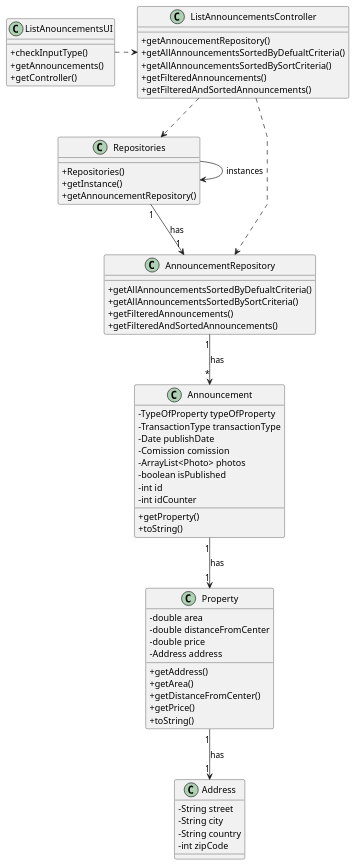
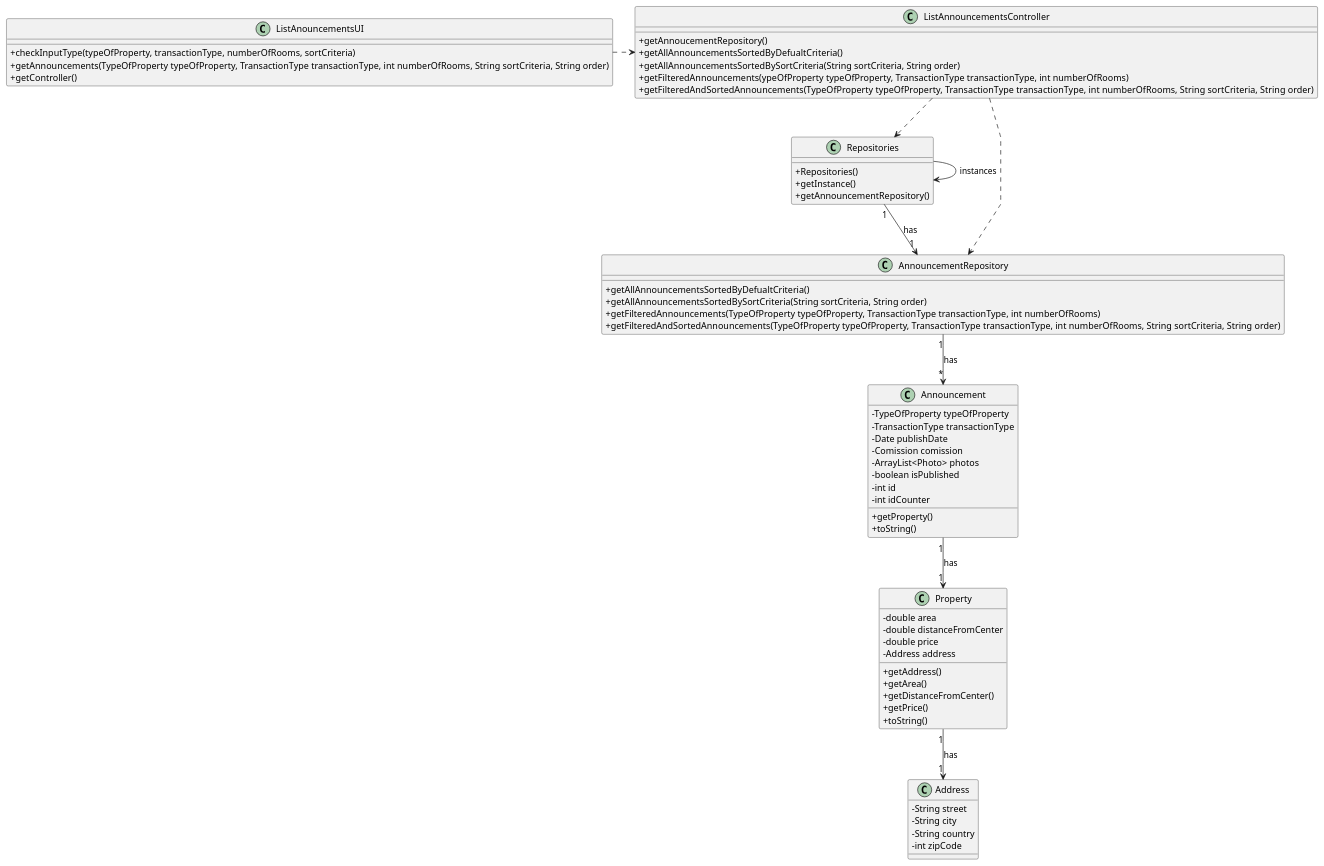
One commit to Goncalves2525/real-estate-management-system changed the diagram in docs/sprintB/us001/03.design/puml/us001-class-diagram.puml. Above: the diagram before and after it, drawn with PlantUML. The commit also changed 26 other files, not shown here.

```diff
--- a/docs/sprintB/us001/03.design/puml/us001-class-diagram.puml
+++ b/docs/sprintB/us001/03.design/puml/us001-class-diagram.puml
@@ -1,87 +1,87 @@
 @startuml
 'skinparam monochrome true
 skinparam packageStyle rectangle
 skinparam shadowing false
 skinparam linetype polyline
 'skinparam linetype orto
 
 skinparam classAttributeIconSize 0
 
 'left to right directio
 class Property{
     - double area
     - double distanceFromCenter
     - double price
     - Address address
     + getAddress()
     + getArea()
     + getDistanceFromCenter()
     + getPrice()
     + toString()
 }
 
 class Announcement {
     - TypeOfProperty typeOfProperty
     - TransactionType transactionType
     - Date publishDate
     - Comission comission
     - ArrayList<Photo> photos
     - boolean isPublished
     - int id
     - int idCounter
     + getProperty()
     + toString()
 }
 
 class AnnouncementRepository {
     +getAllAnnouncementsSortedByDefualtCriteria()
-    +getAllAnnouncementsSortedBySortCriteria()
-    +getFilteredAnnouncements()
-    +getFilteredAndSortedAnnouncements()
+    +getAllAnnouncementsSortedBySortCriteria(String sortCriteria, String order)
+    +getFilteredAnnouncements(TypeOfProperty typeOfProperty, TransactionType transactionType, int numberOfRooms)
+    +getFilteredAndSortedAnnouncements(TypeOfProperty typeOfProperty, TransactionType transactionType, int numberOfRooms, String sortCriteria, String order)
 }
 
 class Repositories {
     +Repositories()
     +getInstance()
     +getAnnouncementRepository()
 }
 
 class ListAnnouncementsController {
     +getAnnoucementRepository()
     +getAllAnnouncementsSortedByDefualtCriteria()
-    +getAllAnnouncementsSortedBySortCriteria()
-    +getFilteredAnnouncements()
-    +getFilteredAndSortedAnnouncements()
+    +getAllAnnouncementsSortedBySortCriteria(String sortCriteria, String order)
+    +getFilteredAnnouncements(ypeOfProperty typeOfProperty, TransactionType transactionType, int numberOfRooms)
+    +getFilteredAndSortedAnnouncements(TypeOfProperty typeOfProperty, TransactionType transactionType, int numberOfRooms, String sortCriteria, String order)
 }
 
 class ListAnouncementsUI {
-+checkInputType()
-+getAnnouncements()
++checkInputType(typeOfProperty, transactionType, numberOfRooms, sortCriteria)
++getAnnouncements(TypeOfProperty typeOfProperty, TransactionType transactionType, int numberOfRooms, String sortCriteria, String order)
 +getController()
 }
 
 class Address{
     - String street
     - String city
     - String country
     - int zipCode
 }
 
 Repositories -> Repositories : instances
 
 ListAnouncementsUI .> ListAnnouncementsController
 
 ListAnnouncementsController ..> Repositories
 
 Repositories "1" --> "1" AnnouncementRepository : has
 
 ListAnnouncementsController ..> AnnouncementRepository
 
 AnnouncementRepository "1" --> "*" Announcement : has
 
 Announcement "1" --> "1" Property : has
 
 Property "1" --> "1" Address : has
 
 
 @enduml
```
